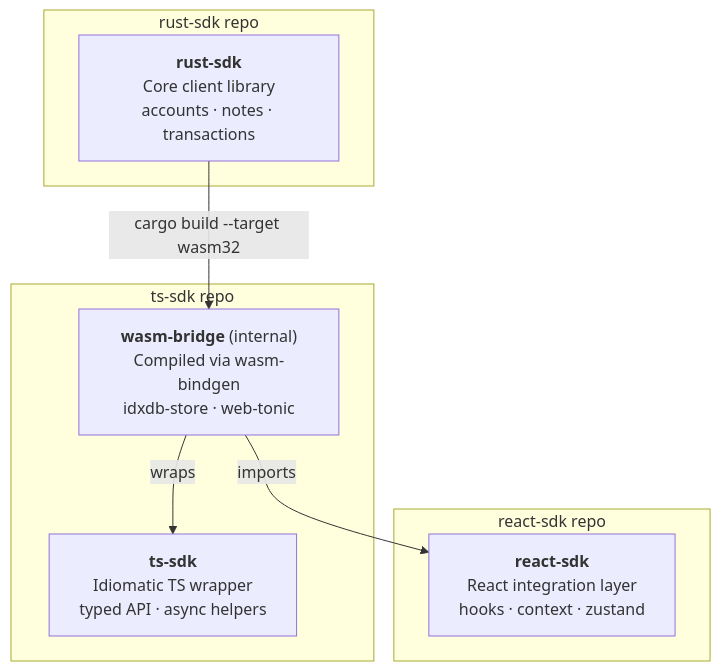
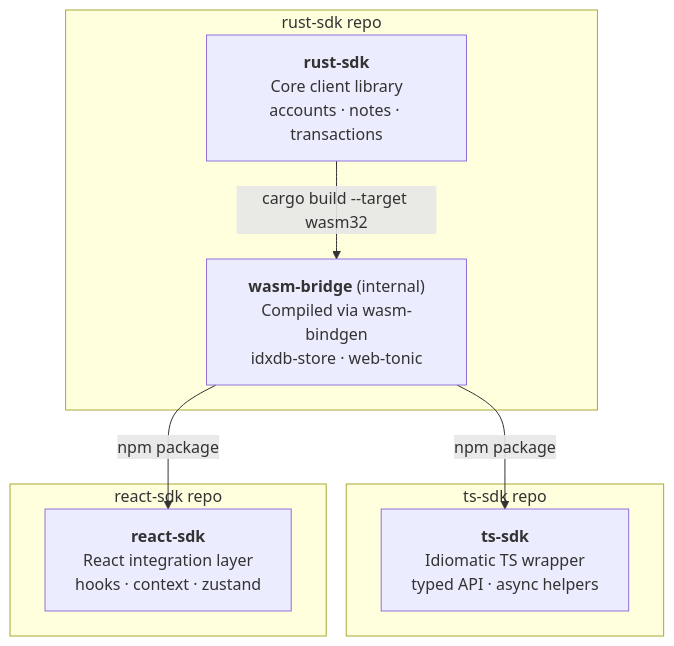
The diagram in README.md (0xMiden/miden-client), drawn with Mermaid before and after one commit. The commit also changed other lines of this file, not shown here.

Commit message:
docs: update README to reflect wasm-bridge in rust-sdk repo (Option A)

````diff
--- a/README.md
+++ b/README.md
@@ -19,19 +19,19 @@
 ```mermaid
 graph TB
     subgraph rust-sdk-repo["rust-sdk repo"]
         rust-sdk["<b>rust-sdk</b><br/>Core client library<br/>accounts · notes · transactions"]
+        wasm-bridge["<b>wasm-bridge</b> (internal)<br/>Compiled via wasm-bindgen<br/>idxdb-store · web-tonic"]
+        rust-sdk -- "cargo build --target wasm32" --> wasm-bridge
     end
 
     subgraph ts-sdk-repo["ts-sdk repo"]
-        wasm-bridge["<b>wasm-bridge</b> (internal)<br/>Compiled via wasm-bindgen<br/>idxdb-store · web-tonic"]
         ts-sdk["<b>ts-sdk</b><br/>Idiomatic TS wrapper<br/>typed API · async helpers"]
     end
 
     subgraph react-sdk-repo["react-sdk repo"]
         react-sdk["<b>react-sdk</b><br/>React integration layer<br/>hooks · context · zustand"]
     end
 
-    rust-sdk -- "cargo build --target wasm32" --> wasm-bridge
-    wasm-bridge -- "wraps" --> ts-sdk
-    wasm-bridge -- "imports" --> react-sdk
+    wasm-bridge -- "npm package" --> ts-sdk
+    wasm-bridge -- "npm package" --> react-sdk
 ```
````
